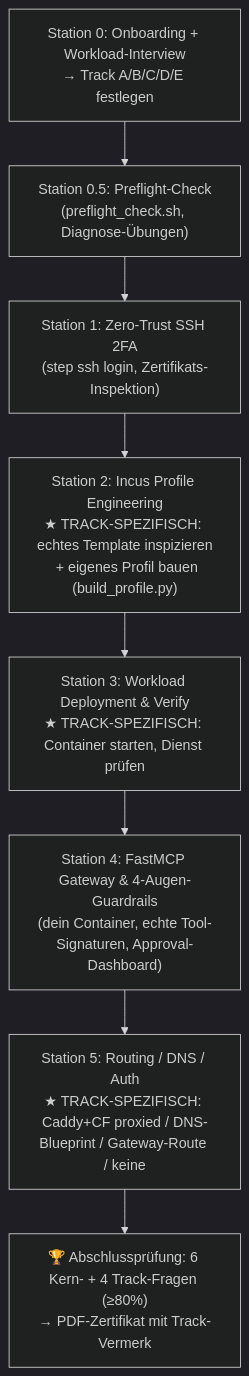
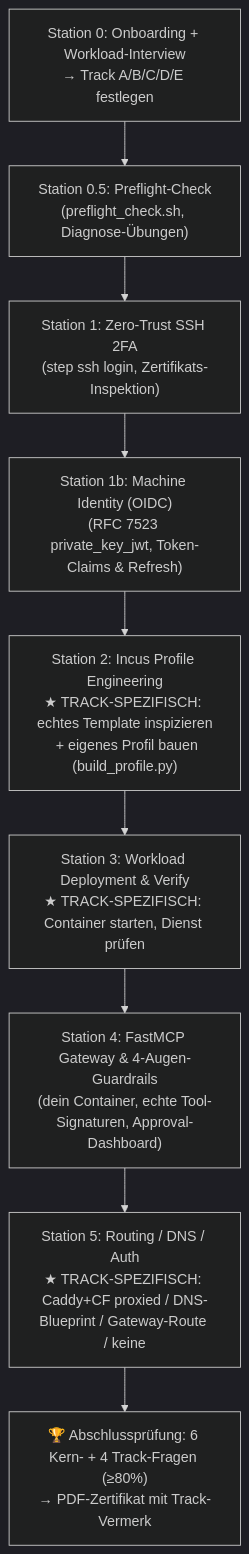
One commit to hybridlabor-api/aos changed the diagram in skills/bdbsaastraining/SKILL.md. Above: the diagram before and after it, drawn with Mermaid (dark theme). The commit also changed other lines of this file and 5 other files, not shown here.

````diff
--- a/skills/bdbsaastraining/SKILL.md
+++ b/skills/bdbsaastraining/SKILL.md
@@ -132,13 +132,14 @@
 ```mermaid
 flowchart TD
     S0["Station 0: Onboarding + Workload-Interview\n→ Track A/B/C/D/E festlegen"]
     S05["Station 0.5: Preflight-Check\n(preflight_check.sh, Diagnose-Übungen)"]
     S1["Station 1: Zero-Trust SSH 2FA\n(step ssh login, Zertifikats-Inspektion)"]
+    S1b["Station 1b: Machine Identity (OIDC)\n(RFC 7523 private_key_jwt, Token-Claims & Refresh)"]
     S2["Station 2: Incus Profile Engineering\n★ TRACK-SPEZIFISCH: echtes Template inspizieren\n  + eigenes Profil bauen (build_profile.py)"]
     S3["Station 3: Workload Deployment & Verify\n★ TRACK-SPEZIFISCH: Container starten, Dienst prüfen"]
     S4["Station 4: FastMCP Gateway & 4-Augen-Guardrails\n(dein Container, echte Tool-Signaturen, Approval-Dashboard)"]
     S5["Station 5: Routing / DNS / Auth\n★ TRACK-SPEZIFISCH: Caddy+CF proxied / DNS-Blueprint / Gateway-Route / keine"]
     CERT["🏆 Abschlussprüfung: 6 Kern- + 4 Track-Fragen (≥80%)\n→ PDF-Zertifikat mit Track-Vermerk"]
 
-    S0 --> S05 --> S1 --> S2 --> S3 --> S4 --> S5 --> CERT
+    S0 --> S05 --> S1 --> S1b --> S2 --> S3 --> S4 --> S5 --> CERT
 ```
````
